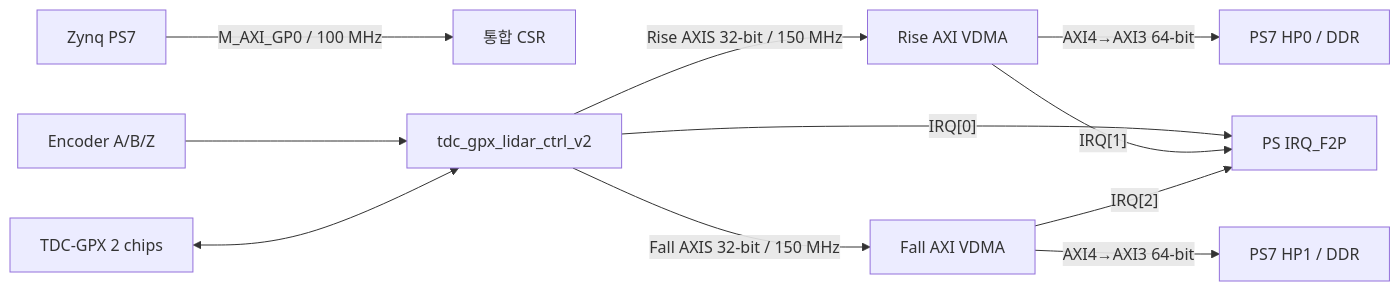
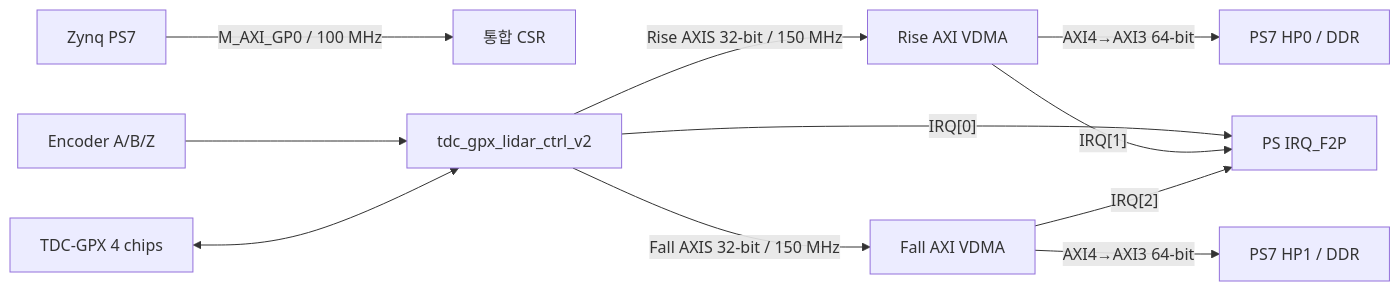
Before and after one commit to haneulia/tdc_gpx_ctrl: the diagram in system_integration/v2/parent_l0/README_KO.md, drawn with Mermaid. The commit also changed other lines of this file and 8 other files, not shown here.

````diff
--- a/system_integration/v2/parent_l0/README_KO.md
+++ b/system_integration/v2/parent_l0/README_KO.md
@@ -23,13 +24,13 @@
 ```mermaid
 flowchart LR
     PS["Zynq PS7"] -->|"M_AXI_GP0 / 100 MHz"| CSR["통합 CSR"]
     ENC["Encoder A/B/Z"] --> LIDAR["tdc_gpx_lidar_ctrl_v2"]
-    GPX["TDC-GPX 2 chips"] <--> LIDAR
+    GPX["TDC-GPX 4 chips"] <--> LIDAR
     LIDAR -->|"Rise AXIS 32-bit / 150 MHz"| RV["Rise AXI VDMA"]
     LIDAR -->|"Fall AXIS 32-bit / 150 MHz"| FV["Fall AXI VDMA"]
     RV -->|"AXI4→AXI3 64-bit"| HP0["PS7 HP0 / DDR"]
     FV -->|"AXI4→AXI3 64-bit"| HP1["PS7 HP1 / DDR"]
     LIDAR -->|"IRQ[0]"| IRQ["PS IRQ_F2P"]
     RV -->|"IRQ[1]"| IRQ
     FV -->|"IRQ[2]"| IRQ
 ```
````
